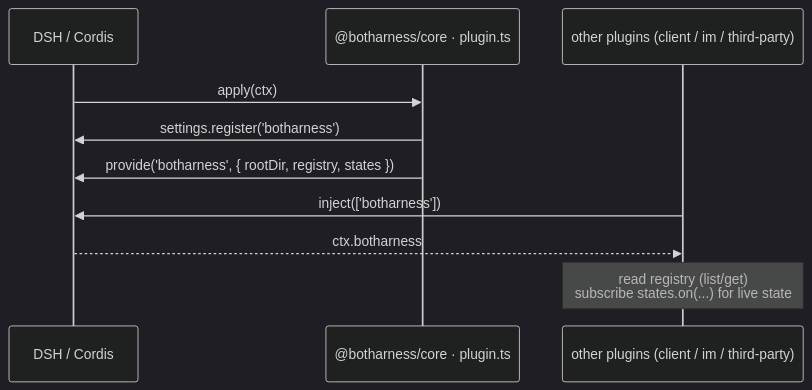
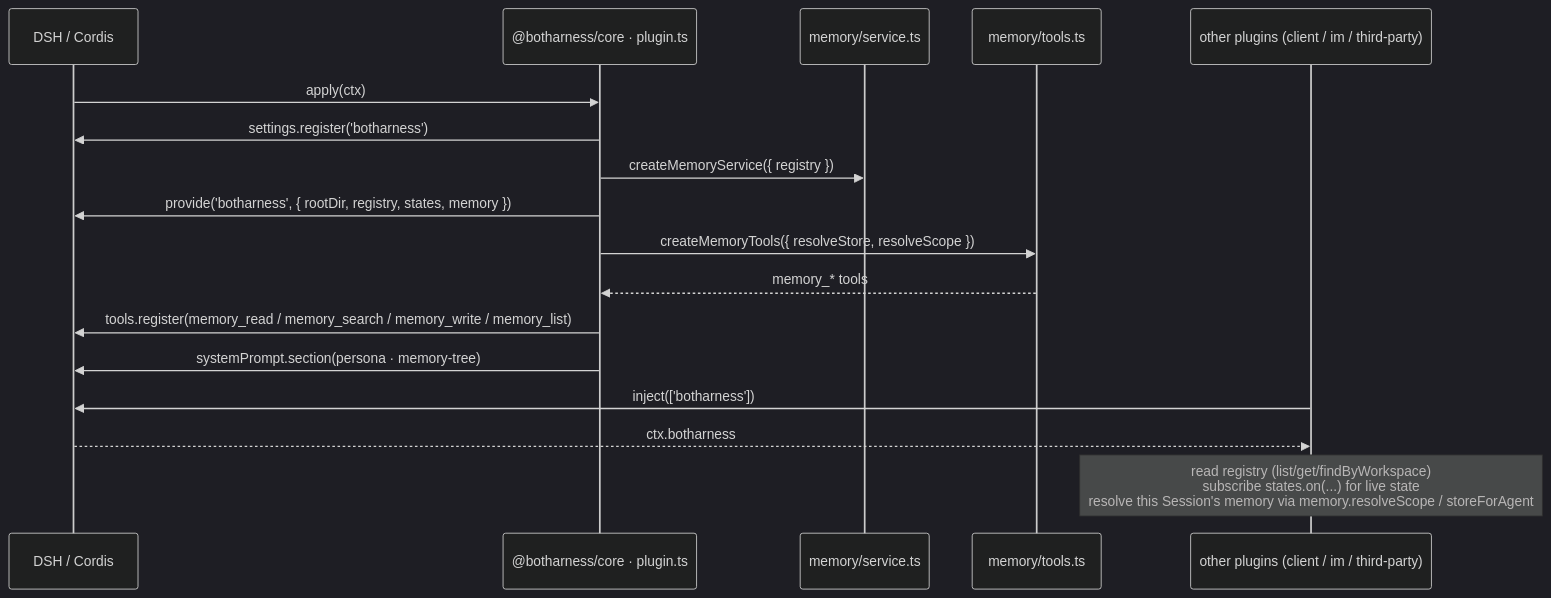
The third of 6 diagrams in docs/architecture/botharness-architecture.en.md (BotHarness/BotHarness), drawn with Mermaid (dark theme) before and after one commit. The commit also changed other lines of this file and 44 other files, not shown here.

First line of the commit message:
feat(core): M2 memory MVP — store, tools, git, prompt injection

````diff
--- a/docs/architecture/botharness-architecture.en.md
+++ b/docs/architecture/botharness-architecture.en.md
@@ -92,13 +114,20 @@
 ```mermaid
 sequenceDiagram
   participant D as DSH / Cordis
   participant P as @botharness/core · plugin.ts
+  participant M as memory/service.ts
+  participant T as memory/tools.ts
   participant O as other plugins (client / im / third-party)
 
   D->>P: apply(ctx)
   P->>D: settings.register('botharness')
-  P->>D: provide('botharness', { rootDir, registry, states })
+  P->>M: createMemoryService({ registry })
+  P->>D: provide('botharness', { rootDir, registry, states, memory })
+  P->>T: createMemoryTools({ resolveStore, resolveScope })
+  T-->>P: memory_* tools
+  P->>D: tools.register(memory_read / memory_search / memory_write / memory_list)
+  P->>D: systemPrompt.section(persona · memory-tree)
   O->>D: inject(['botharness'])
   D-->>O: ctx.botharness
-  Note over O: read registry (list/get)<br/>subscribe states.on(...) for live state
+  Note over O: read registry (list/get/findByWorkspace)<br/>subscribe states.on(...) for live state<br/>resolve this Session's memory via memory.resolveScope / storeForAgent
 ```
````
